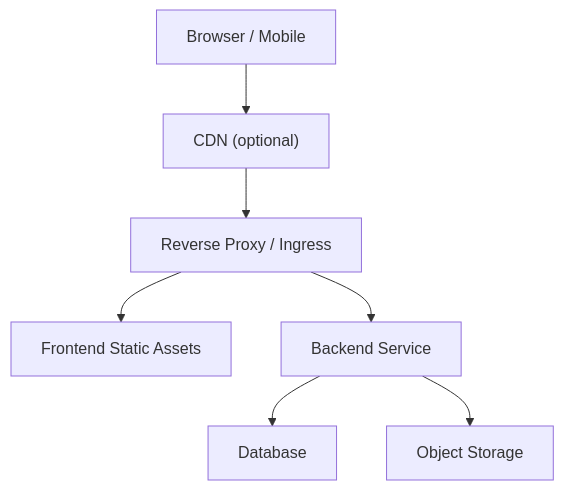
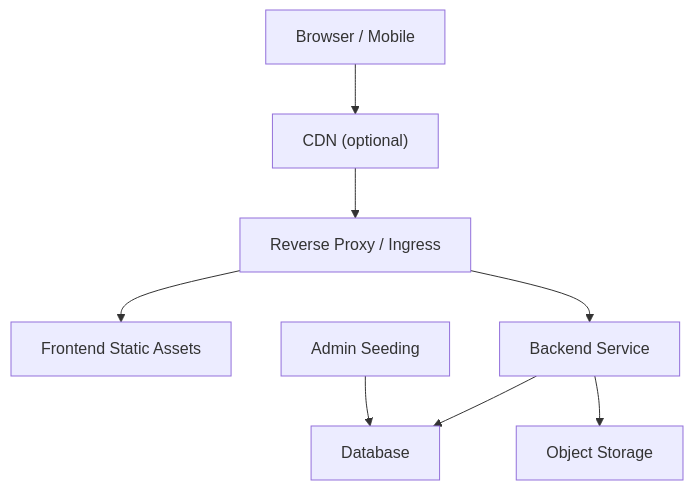
One commit to NaveenHiranya/Smart-Vehicle-Insurance-Claim-System changed the second of 3 diagrams in .qoder/repowiki/en/content/Deployment & DevOps.md. Above: the diagram before and after it, drawn with Mermaid. The commit also changed other lines of this file and 65 other files, not shown here.

````diff
--- a/.qoder/repowiki/en/content/Deployment & DevOps.md
+++ b/.qoder/repowiki/en/content/Deployment & DevOps.md
@@ -100,16 +112,18 @@
 ```mermaid
 graph TB
 Client["Browser / Mobile"]
 CDN["CDN (optional)"]
 Proxy["Reverse Proxy / Ingress"]
 FE["Frontend Static Assets"]
 BE["Backend Service"]
 DB["Database"]
 OS["Object Storage"]
+ADMIN["Admin Seeding"]
 Client --> CDN
 CDN --> Proxy
 Proxy --> FE
 Proxy --> BE
 BE --> DB
 BE --> OS
+ADMIN --> DB
 ```
````
